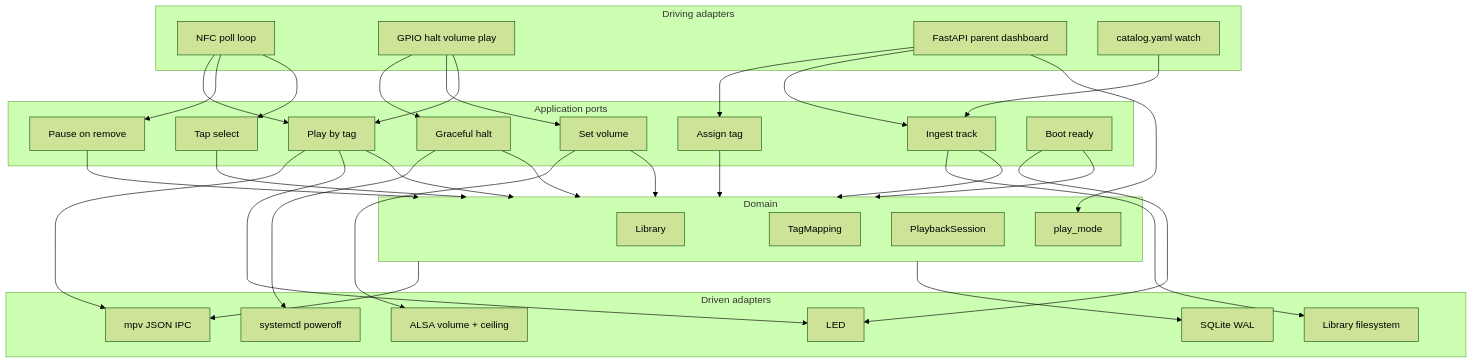
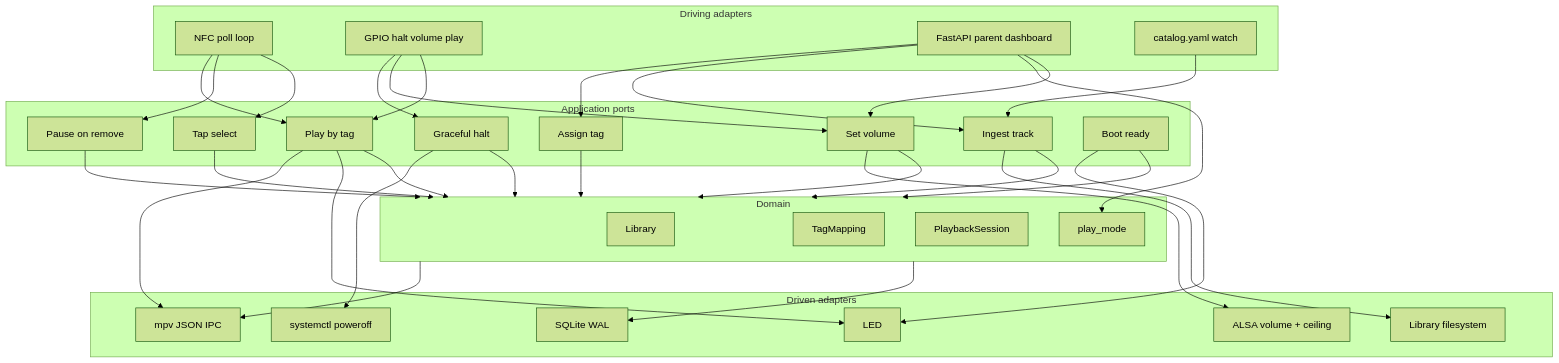
One commit to mzworthington/RoMini changed the third of 4 diagrams in docs/architecture.md. Above: the diagram before and after it, drawn with Mermaid (forest theme). The commit also changed other lines of this file and 20 other files, not shown here.

````diff
--- a/docs/architecture.md
+++ b/docs/architecture.md
@@ -42,59 +42,60 @@
 ```mermaid
 flowchart TB
   subgraph driving ["Driving adapters"]
     nfcLoop["NFC poll loop"]
     gpioIn["GPIO halt volume play"]
     http["FastAPI parent dashboard"]
     yamlWatch["catalog.yaml watch"]
   end
   subgraph app ["Application ports"]
     play["Play by tag"]
     pause["Pause on remove"]
     tap["Tap select"]
     mapTag["Assign tag"]
     ingest["Ingest track"]
     volume["Set volume"]
     halt["Graceful halt"]
     boot["Boot ready"]
   end
   subgraph domain ["Domain"]
     library["Library"]
     mapping["TagMapping"]
     session["PlaybackSession"]
     settings["play_mode"]
   end
   subgraph driven ["Driven adapters"]
     mpv["mpv JSON IPC"]
     sqlite["SQLite WAL"]
     fs["Library filesystem"]
     led["LED"]
     alsa["ALSA volume + ceiling"]
     systemdHalt["systemctl poweroff"]
   end
   nfcLoop --> play
   nfcLoop --> pause
   nfcLoop --> tap
   gpioIn --> halt
   gpioIn --> volume
   gpioIn --> play
   http --> mapTag
   http --> ingest
   yamlWatch --> ingest
   http --> settings
+  http --> volume
   play --> domain
   pause --> domain
   tap --> domain
   mapTag --> domain
   ingest --> domain
   volume --> domain
   halt --> domain
   boot --> domain
   domain --> mpv
   domain --> sqlite
   ingest --> fs
   play --> mpv
   volume --> alsa
   halt --> systemdHalt
   play --> led
   boot --> led
 ```
````
